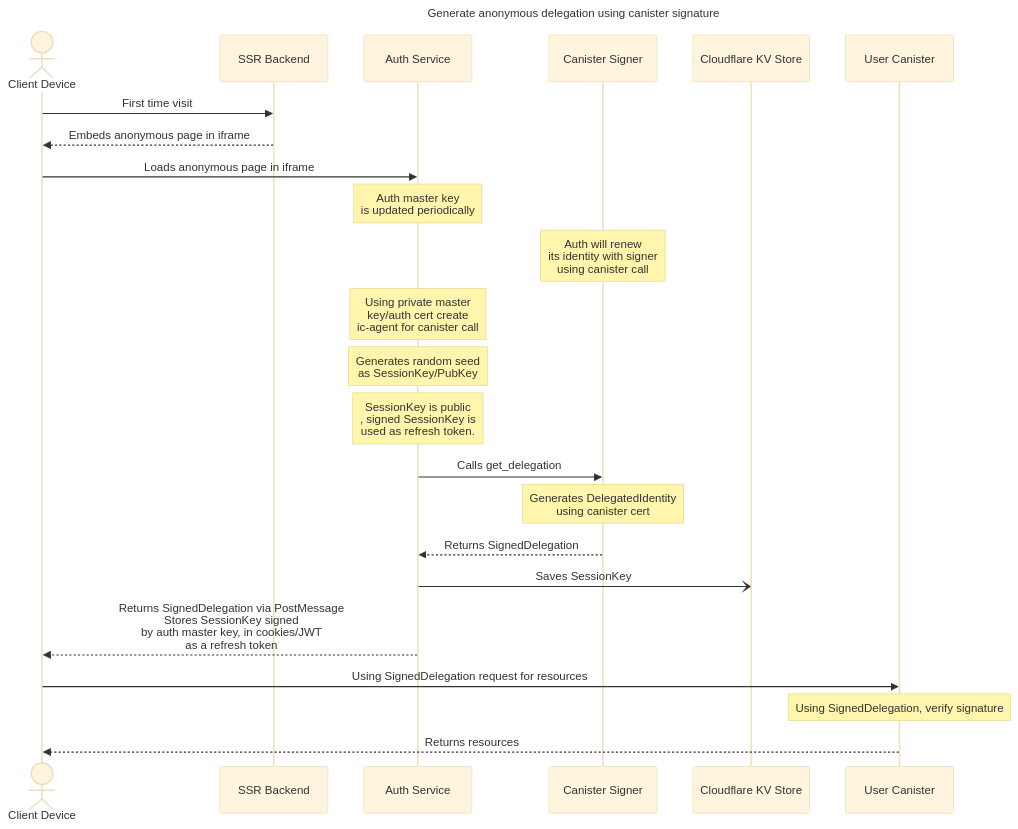
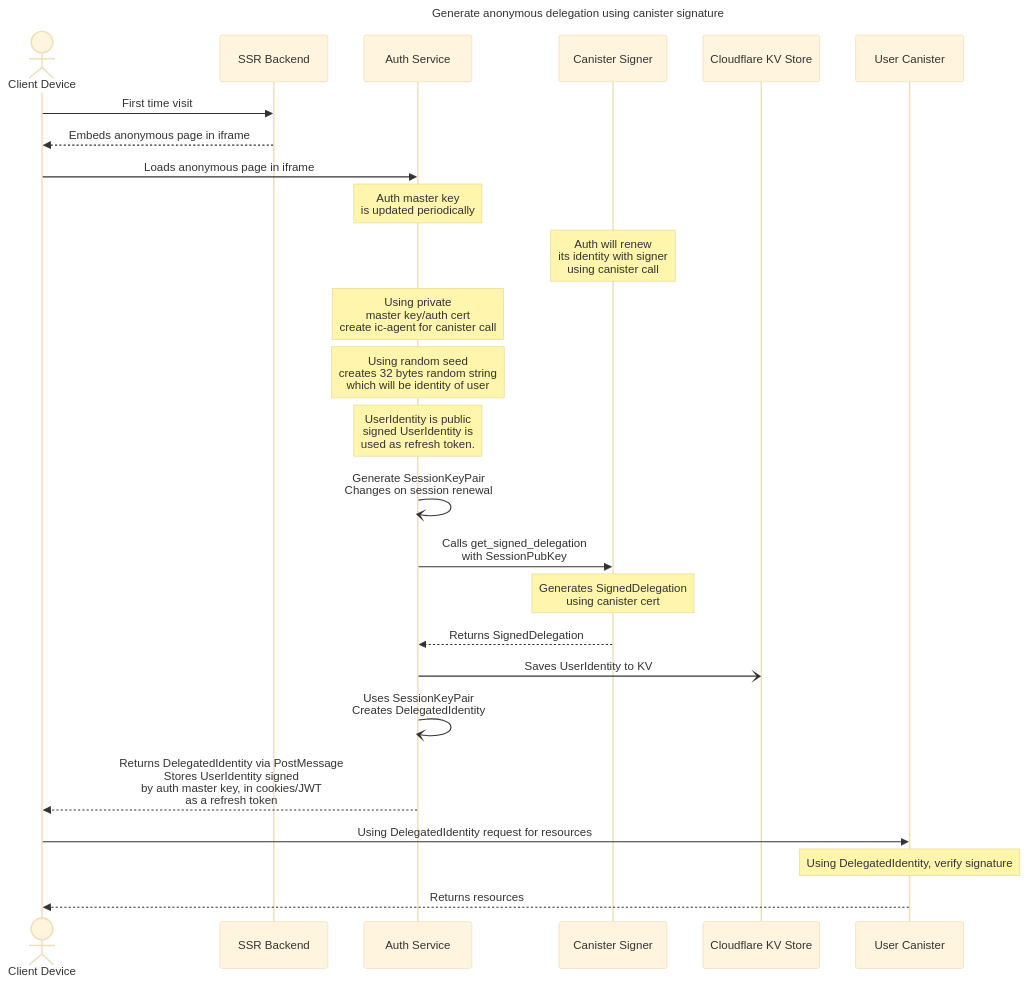
The diagram in design/anonymous-identity-with-canister-signature.md (yral-dapp/hot-or-not-auth), drawn with Mermaid (base theme) before and after one commit. The commit also changed other lines of this file, not shown here.

Commit message:
updated anonymous flow with canister signer

````diff
--- a/design/anonymous-identity-with-canister-signature.md
+++ b/design/anonymous-identity-with-canister-signature.md
@@ -3,28 +4,30 @@
 ```mermaid
 ---
 title: Generate anonymous delegation using canister signature
 ---
 sequenceDiagram
     actor client as Client Device
     participant ssr as SSR Backend
     participant auth as Auth Service
     participant signer as Canister Signer
     participant kv as Cloudflare KV Store
     participant canister as User Canister
     client->>ssr: First time visit
     ssr-->>client: Embeds anonymous page in iframe
     client->>auth: Loads anonymous page in iframe
     Note over auth: Auth master key<br/> is updated periodically
     Note over signer: Auth will renew<br/> its identity with signer<br/> using canister call
-    Note over auth: Using private master<br/> key/auth cert create<br/> ic-agent for canister call
-    Note over auth: Generates random seed<br/> as SessionKey/PubKey
-    Note over auth: SessionKey is public<br/>, signed SessionKey is<br/> used as refresh token.
-    auth->>signer: Calls get_delegation
-    Note over signer: Generates DelegatedIdentity<br/> using canister cert
+    Note over auth: Using private<br/> master key/auth cert<br/> create ic-agent for canister call
+    Note over auth: Using random seed<br/> creates 32 bytes random string<br/> which will be identity of user
+    Note over auth: UserIdentity is public<br/> signed UserIdentity is<br/> used as refresh token.
+    auth-)auth: Generate SessionKeyPair<br/> Changes on session renewal
+    auth->>signer: Calls get_signed_delegation<br/> with SessionPubKey
+    Note over signer: Generates SignedDelegation<br/> using canister cert
     signer-->>auth: Returns SignedDelegation
-    auth-)kv: Saves SessionKey
-    auth-->>client: Returns SignedDelegation via PostMessage<br/> Stores SessionKey signed<br/> by auth master key, in cookies/JWT<br/> as a refresh token
-    client->>canister: Using SignedDelegation request for resources
-    Note over canister: Using SignedDelegation, verify signature
+    auth-)kv: Saves UserIdentity to KV
+    auth-)auth: Uses SessionKeyPair<br/> Creates DelegatedIdentity
+    auth-->>client: Returns DelegatedIdentity via PostMessage<br/> Stores UserIdentity signed<br/> by auth master key, in cookies/JWT<br/> as a refresh token
+    client->>canister: Using DelegatedIdentity request for resources
+    Note over canister: Using DelegatedIdentity, verify signature
     canister-->>client: Returns resources
 ```
````
